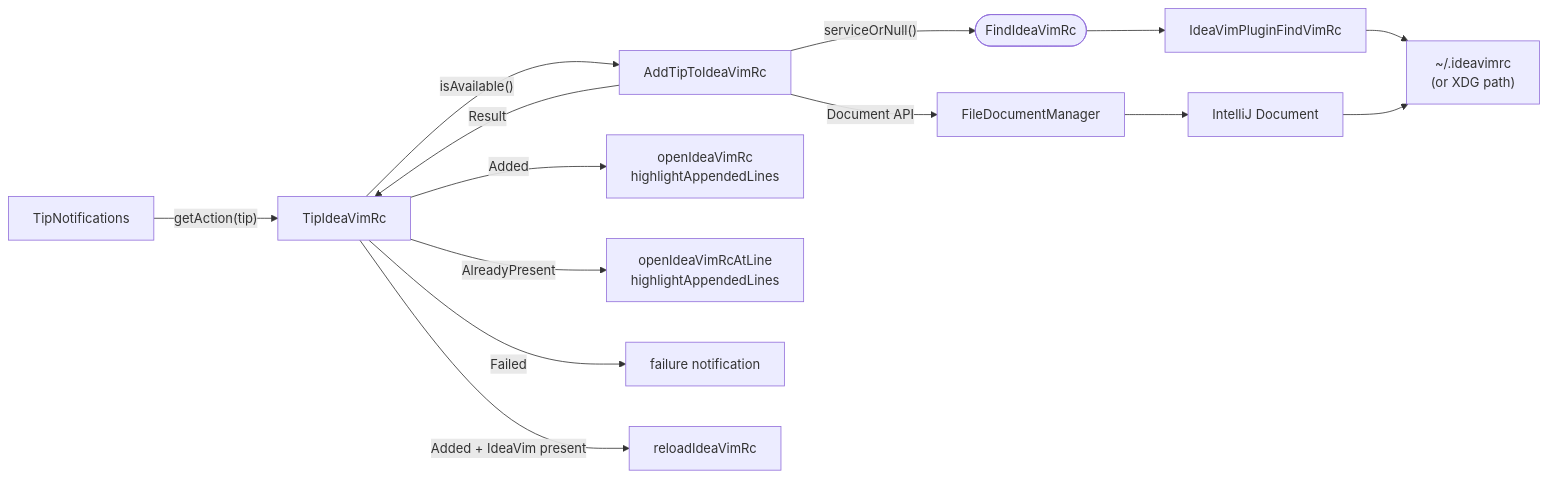
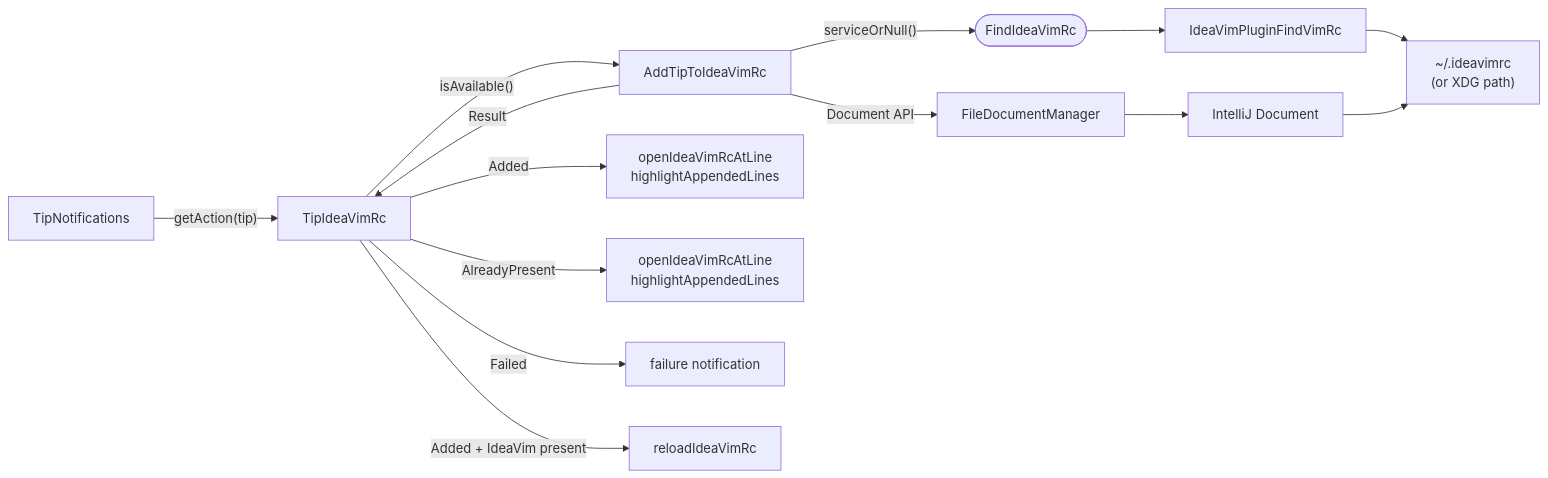
Before and after one commit to pooryam92/vim-coach: the first of 2 diagrams in docs/features/ideavimrc-button.md, drawn with Mermaid.

````diff
--- a/docs/features/ideavimrc-button.md
+++ b/docs/features/ideavimrc-button.md
@@ -11,16 +11,16 @@
 ```mermaid
 graph LR
     A[TipNotifications] -->|"getAction(tip)"| B[TipIdeaVimRc]
     B -->|"isAvailable()"| C[AddTipToIdeaVimRc]
     C -->|"serviceOrNull()"| D([FindIdeaVimRc])
     D --> E[IdeaVimPluginFindVimRc]
     E --> F["~/.ideavimrc\n(or XDG path)"]
     C -->|Document API| G[FileDocumentManager]
     G --> H[IntelliJ Document]
     H --> F
     C -->|Result| B
-    B -->|Added| I[openIdeaVimRc\nhighlightAppendedLines]
+    B -->|Added| I[openIdeaVimRcAtLine\nhighlightAppendedLines]
     B -->|AlreadyPresent| J[openIdeaVimRcAtLine\nhighlightAppendedLines]
     B -->|Failed| K[failure notification]
     B -->|Added + IdeaVim present| L[reloadIdeaVimRc]
 ```
````
